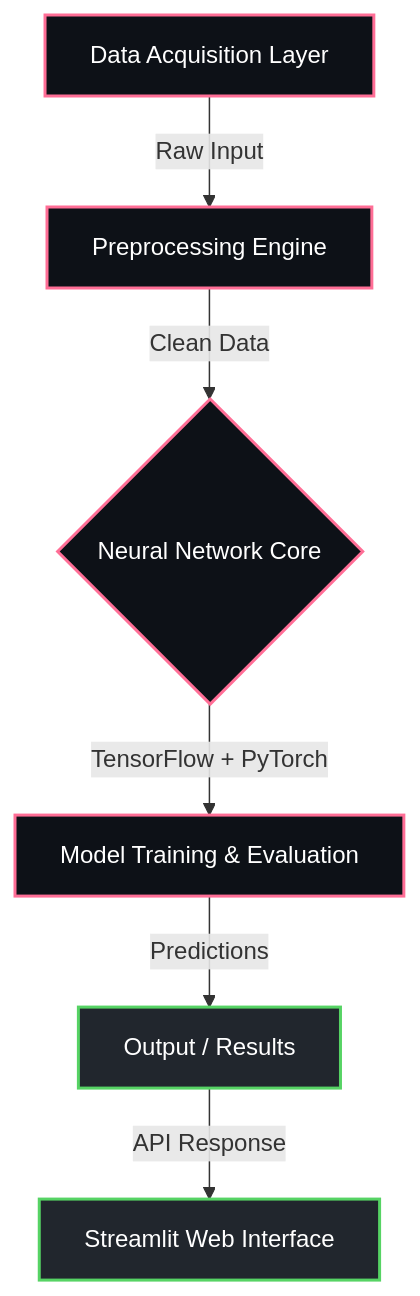
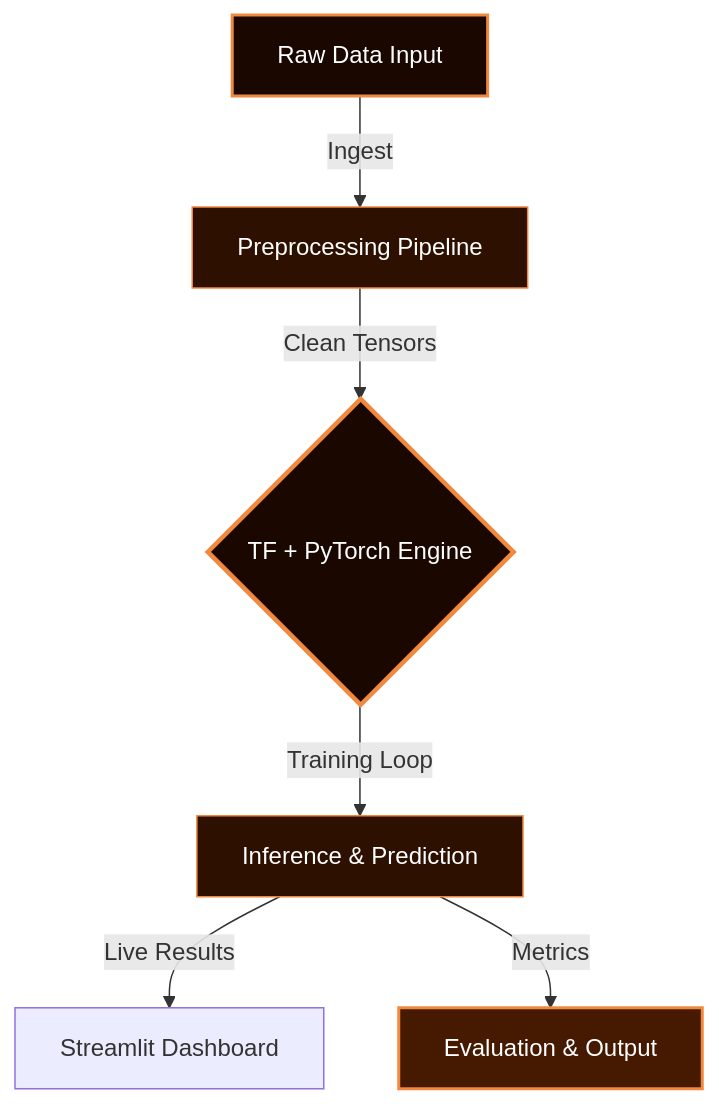
The diagram in README.md (karthik-idikuda/Drought-Early-Warning-NDDI-LSTM-), drawn with Mermaid before and after one commit. The commit also changed other lines of this file, not shown here.

````diff
--- a/README.md
+++ b/README.md
@@ -31,15 +36,14 @@
 ```mermaid
 graph TD;
-    A["Data Acquisition Layer"] -->|Raw Input| B["Preprocessing Engine"];
-    B -->|Clean Data| D{"Neural Network Core"};
-    D -->|TensorFlow + PyTorch| E["Model Training & Evaluation"];
-    E -->|Predictions| F["Output / Results"];
-    F -->|API Response| G["Streamlit Web Interface"];
+    A["Raw Data Input"] -->|"Ingest"| B["Preprocessing Pipeline"];
+    B -->|"Clean Tensors"| D{"TF + PyTorch Engine"};
+    D -->|"Training Loop"| E["Inference & Prediction"];
+    E -->|"Live Results"| W["Streamlit Dashboard"];
+    E -->|"Metrics"| F["Evaluation & Output"];
 
-    classDef ml fill:#0d1117,stroke:#ff6e96,stroke-width:2px,color:#fff;
-    classDef cv fill:#161b22,stroke:#79c0ff,stroke-width:2px,color:#fff;
-    classDef web fill:#21262d,stroke:#56d364,stroke-width:2px,color:#fff;
-    class A,B ml;
-    class D,E ml;
-    class F,G web;
+    style A fill:#1a0800,stroke:#f0883e,stroke-width:2px,color:#fff
+    style B fill:#2d1000,stroke:#f0883e,stroke-width:1px,color:#fff
+    style D fill:#1a0800,stroke:#f0883e,stroke-width:3px,color:#fff
+    style E fill:#2d1000,stroke:#f0883e,stroke-width:1px,color:#fff
+    style F fill:#451a00,stroke:#f0883e,stroke-width:2px,color:#fff
 ```
````
